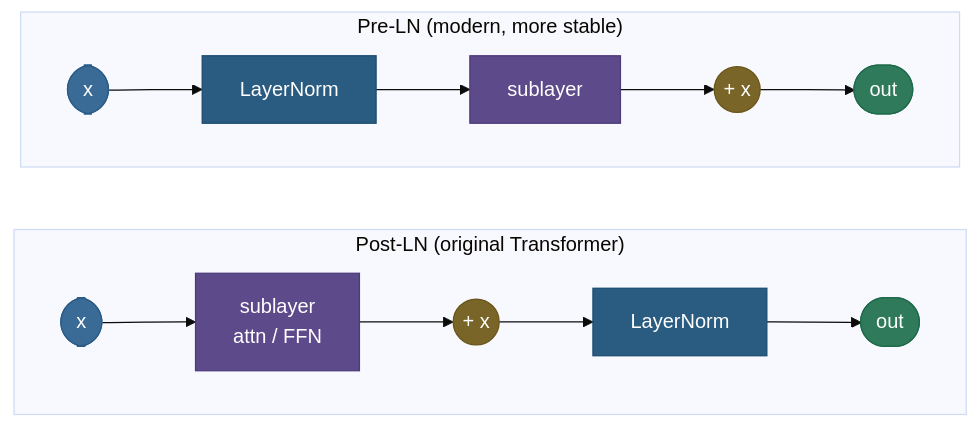
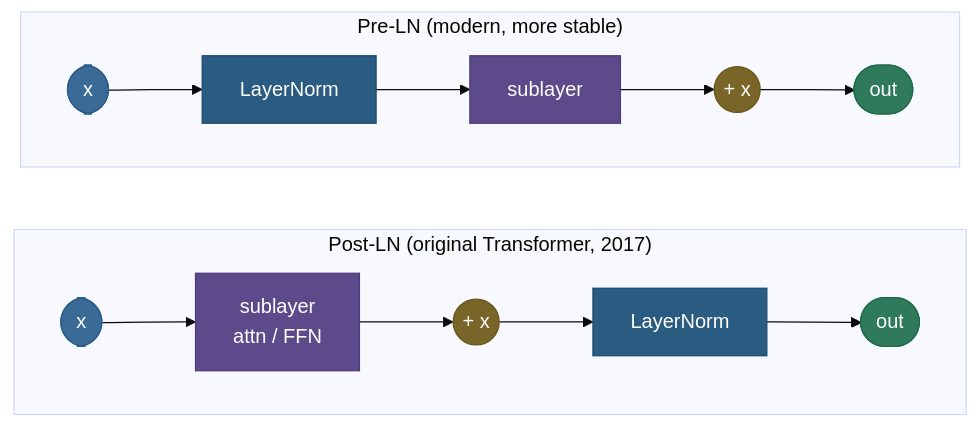
One commit to sudhir13s/AI-ML-learning-resources changed the second of 3 diagrams in 05. Deep_Learning/concepts/11-Normalization.md. Above: the diagram before and after it, drawn with Mermaid (base theme). The commit also changed other lines of this file and 4 other files, not shown here.

````diff
--- a/05. Deep_Learning/concepts/11-Normalization.md
+++ b/05. Deep_Learning/concepts/11-Normalization.md
@@ -135,17 +341,17 @@
 ```mermaid
 graph LR
-    subgraph POST["Post-LN (original Transformer)"]
+    subgraph POST["Post-LN (original Transformer, 2017)"]
     direction LR
     A1(["x"]):::data --> S1["sublayer<br/>attn / FFN"]:::process --> AD1(("+ x")):::amber --> N1["LayerNorm"]:::navy --> Y1(["out"]):::out
     end
     subgraph PRE["Pre-LN (modern, more stable)"]
     direction LR
     A2(["x"]):::data --> N2["LayerNorm"]:::navy --> S2["sublayer"]:::process --> AD2(("+ x")):::amber --> Y2(["out"]):::out
     end
 
     classDef data fill:#3A6B96,stroke:#2A5B86,color:#fff
     classDef process fill:#5D4A8A,stroke:#4D3A7A,color:#fff
     classDef amber fill:#7A6528,stroke:#6A5518,color:#fff
     classDef navy fill:#2A5B80,stroke:#1A4B70,color:#fff
     classDef out fill:#2E7A5A,stroke:#1E6A4A,color:#fff
 ```
````
